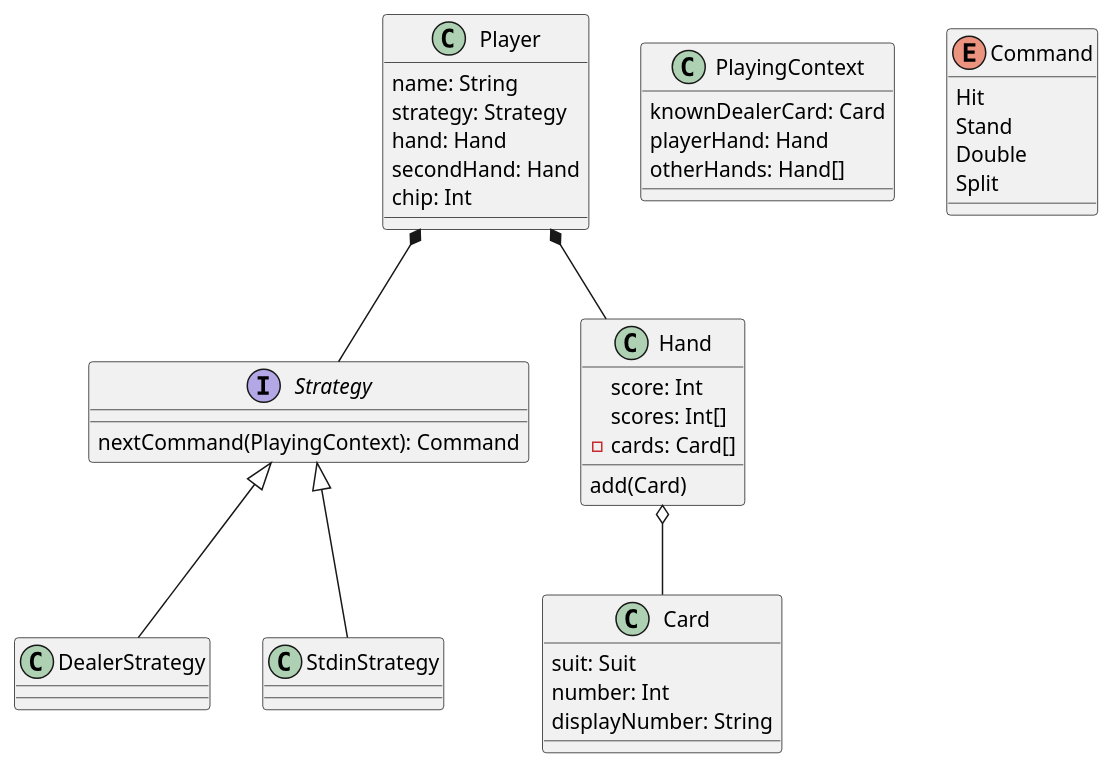
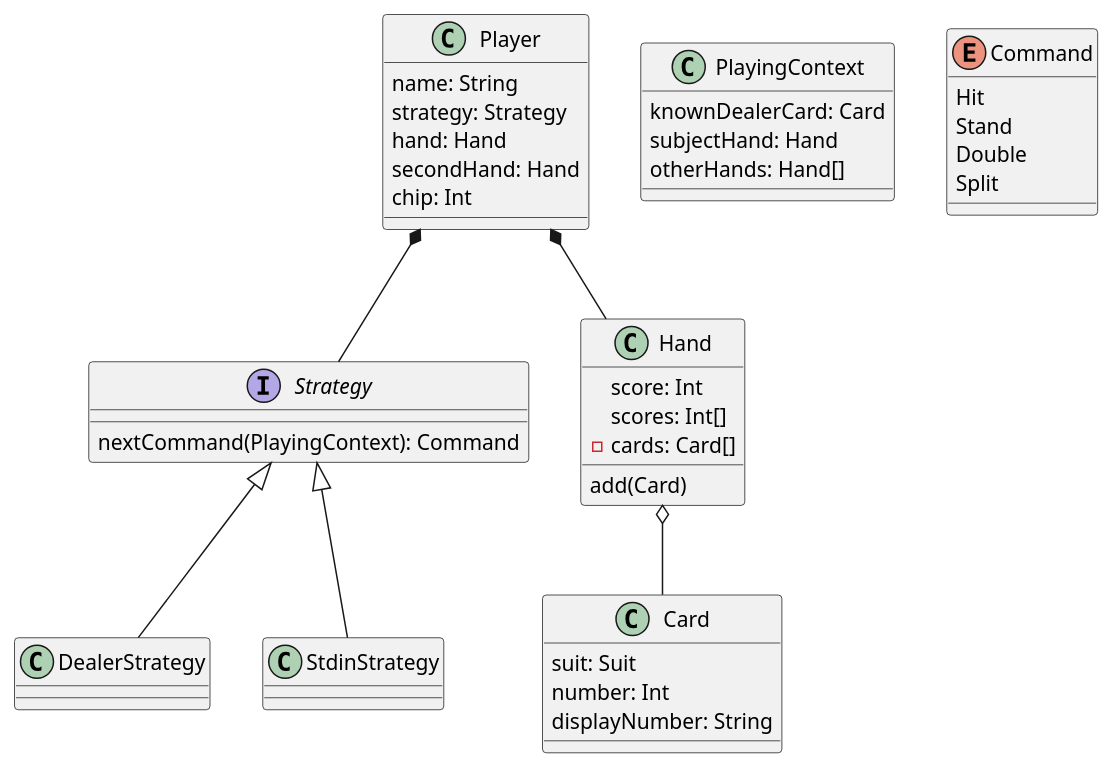
One commit to lettas/blackjack changed the diagram in Documents/Diagrams/class-diagrams.plantuml. Above: the diagram before and after it, drawn with PlantUML.

Commit message:
PlayingContextの変数名変更に合わせてクラス図を修正

```diff
--- a/Documents/Diagrams/class-diagrams.plantuml
+++ b/Documents/Diagrams/class-diagrams.plantuml
@@ -1,46 +1,46 @@
 @startuml Blackjack
 
 class Player {
     name: String
     strategy: Strategy
     hand: Hand
     secondHand: Hand
     chip: Int
 }
 Player *-- Strategy
 Player *-- Hand
 
 interface Strategy {
     nextCommand(PlayingContext): Command
 }
 Strategy <|-- DealerStrategy
 Strategy <|-- StdinStrategy
 
 class Hand {
     score: Int
     scores: Int[]
     - cards: Card[]
     add(Card)
 }
 Hand o-- Card
 
 class Card {
     suit: Suit
     number: Int
     displayNumber: String
 }
 
 class PlayingContext {
     knownDealerCard: Card
-    playerHand: Hand
+    subjectHand: Hand
     otherHands: Hand[]
 }
 
 enum Command {
     Hit
     Stand
     Double
     Split
 }
 
 @enduml
```
